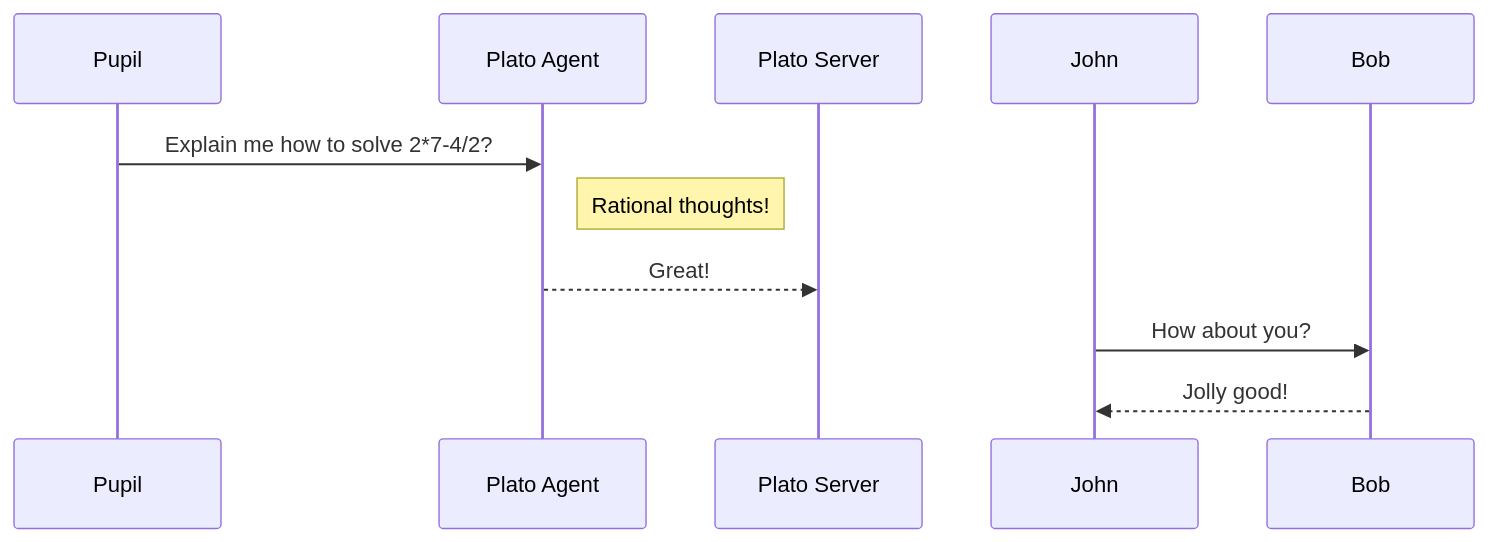
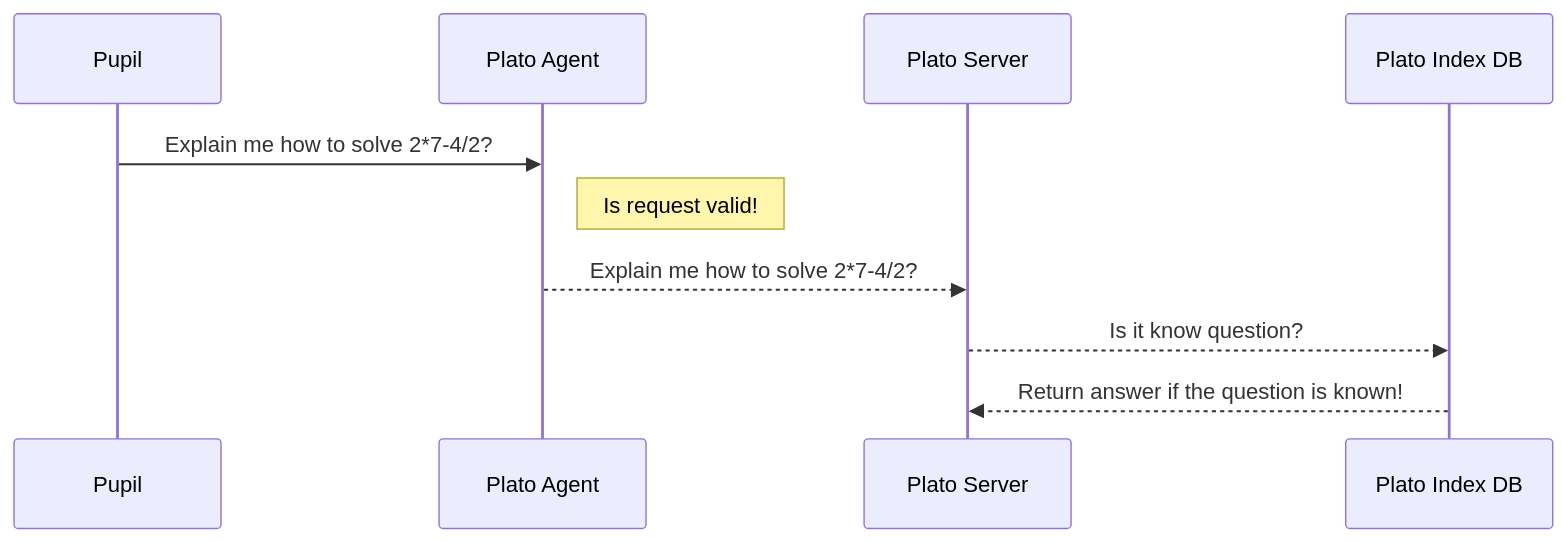
The diagram in README.md (dimastatz/plato), drawn with Mermaid before and after one commit.

Commit message:
add sequence diagram

````diff
--- a/README.md
+++ b/README.md
@@ -21,8 +21,8 @@
 ```mermaid
 sequenceDiagram
 Pupil->>Plato Agent: Explain me how to solve 2*7-4/2?
-Note right of Plato Agent: Rational thoughts!
-Plato Agent-->>Plato Server: Great!
-John->>Bob: How about you?
-Bob-->>John: Jolly good!
+Note right of Plato Agent: Is request valid!
+Plato Agent-->>Plato Server: Explain me how to solve 2*7-4/2?
+Plato Server-->>Plato Index DB: Is it know question?
+Plato Index DB-->>Plato Server: Return answer if the question is known!
 ```
````
